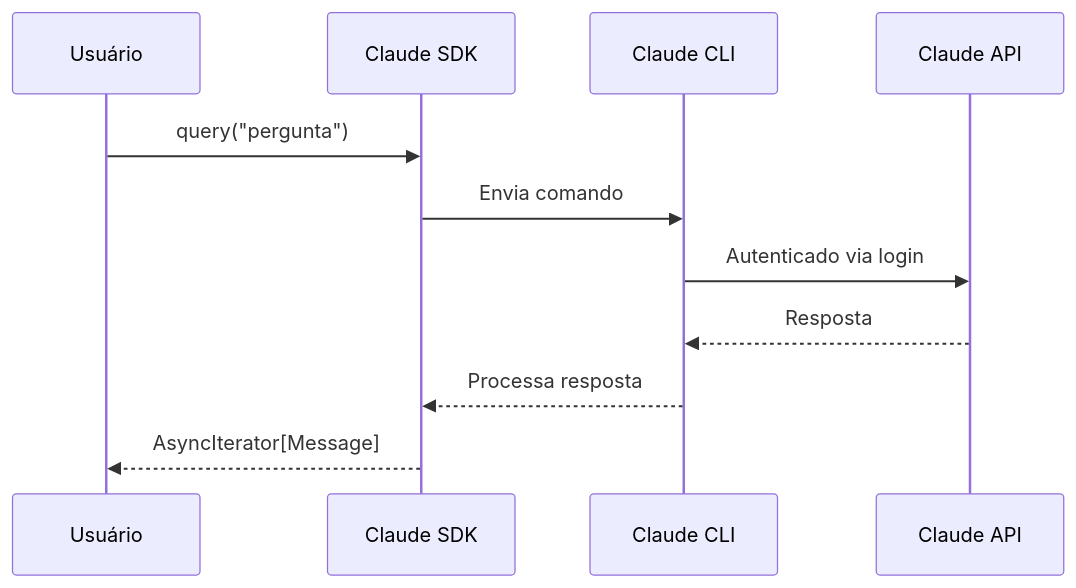
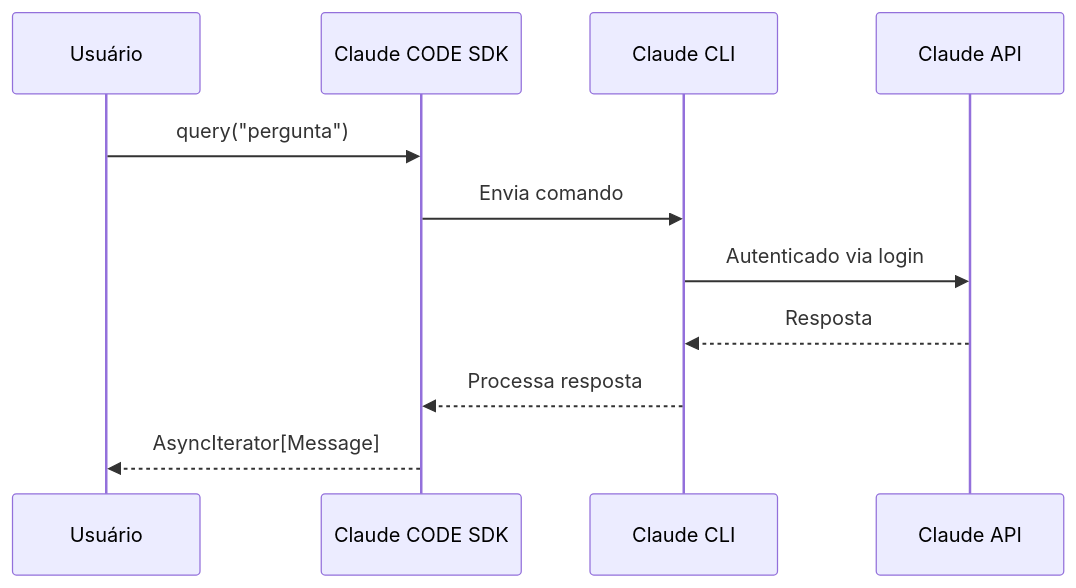
Before and after one commit to diegofornalha/anthropic-cookbook: the second of 2 diagrams in claude_code_sdk/chief_of_staff_agent/bootcamp-claude-sdk/recursos/diagramas/01_core_modules.md, drawn with Mermaid. The commit also changed 15 other files, not shown here.

Commit message:
Update documentation and references to reflect the rebranding from Claude SDK to Claude CODE SDK across multiple files. This includes adjustments in agent descriptions, project objectives, and tutorial content to ensure consistency and clarity in the bootcamp materials.

````diff
--- a/claude_code_sdk/chief_of_staff_agent/bootcamp-claude-sdk/recursos/diagramas/01_core_modules.md
+++ b/claude_code_sdk/chief_of_staff_agent/bootcamp-claude-sdk/recursos/diagramas/01_core_modules.md
@@ -92,14 +92,14 @@
 ```mermaid
 sequenceDiagram
     participant User as Usuário
-    participant SDK as Claude SDK
+    participant SDK as Claude CODE SDK
     participant CLI as Claude CLI
     participant API as Claude API
 
     User->>SDK: query("pergunta")
     SDK->>CLI: Envia comando
     CLI->>API: Autenticado via login
     API-->>CLI: Resposta
     CLI-->>SDK: Processa resposta
     SDK-->>User: AsyncIterator[Message]
 ```
````
